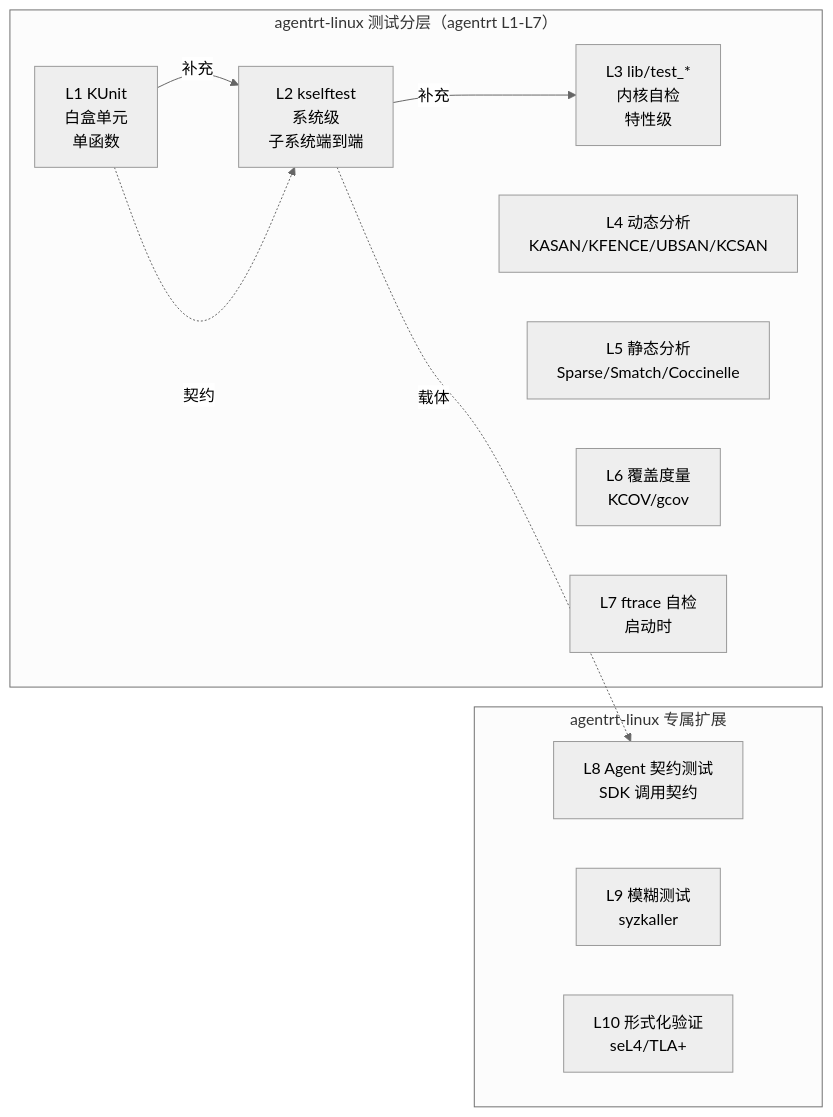
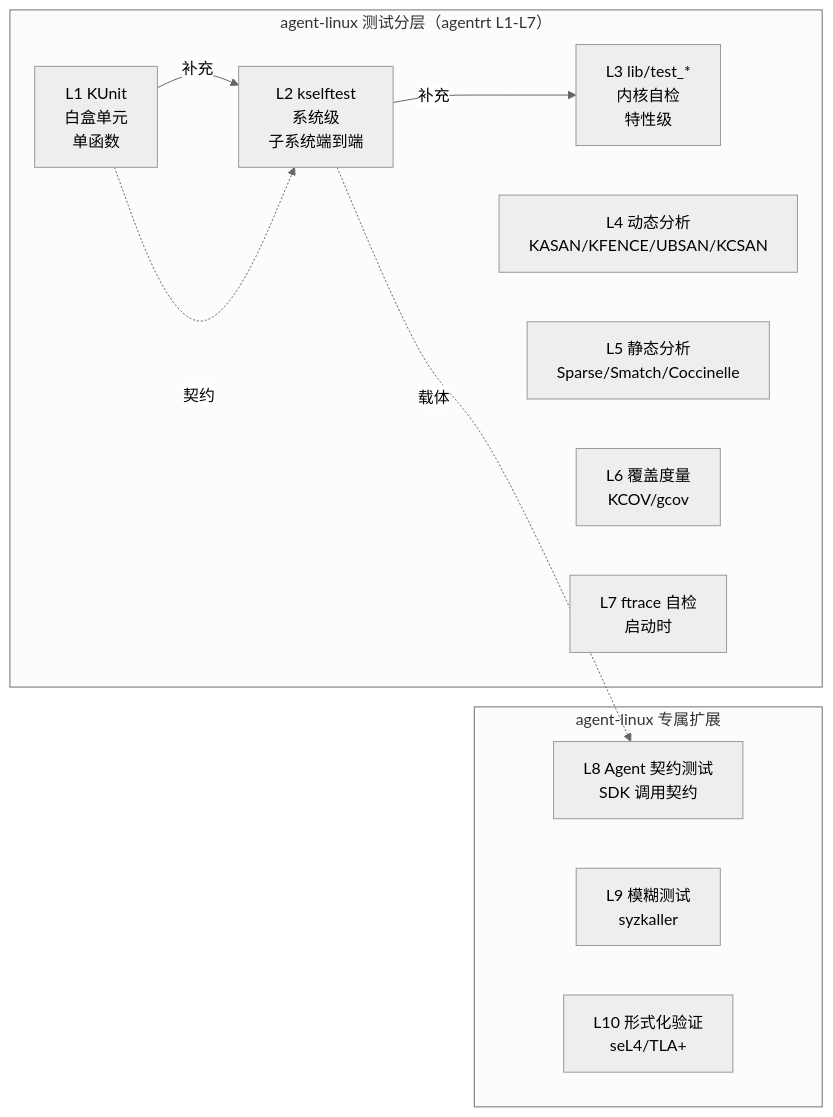
The third of 4 diagrams in 80-testing/02-kselftest.md (openairymax/docs-linux), drawn with Mermaid (neutral theme) before and after one commit. The commit also changed other lines of this file and 172 other files, not shown here.

Commit message:
docs: rename agentrt-linux to agent-linux across docs v0.1.3 双工程结构：agentrt-linux 改名 agent-linux。docs 全仓 186 个 文件中的 agentrt-linux 引用统一为 agent-linux（AirymaxOS 工程名/ URL/路径引用；commit hash 与历史不变）。

````diff
--- a/80-testing/02-kselftest.md
+++ b/80-testing/02-kselftest.md
@@ -236,21 +236,21 @@
 ```mermaid
 flowchart LR
-    subgraph "agentrt-linux 测试分层（agentrt L1-L7）"
+    subgraph "agent-linux 测试分层（agentrt L1-L7）"
         L1["L1 KUnit<br/>白盒单元<br/>单函数"]
         L2["L2 kselftest<br/>系统级<br/>子系统端到端"]
         L3["L3 lib/test_*<br/>内核自检<br/>特性级"]
         L4["L4 动态分析<br/>KASAN/KFENCE/UBSAN/KCSAN"]
         L5["L5 静态分析<br/>Sparse/Smatch/Coccinelle"]
         L6["L6 覆盖度量<br/>KCOV/gcov"]
         L7["L7 ftrace 自检<br/>启动时"]
     end
     L1 -->|补充| L2
     L2 -->|补充| L3
     L1 -.->|契约| L2
-    subgraph "agentrt-linux 专属扩展"
+    subgraph "agent-linux 专属扩展"
         L8["L8 Agent 契约测试<br/>SDK 调用契约"]
         L9["L9 模糊测试<br/>syzkaller"]
         L10["L10 形式化验证<br/>seL4/TLA+"]
     end
     L2 -.->|载体| L8
 ```
````
